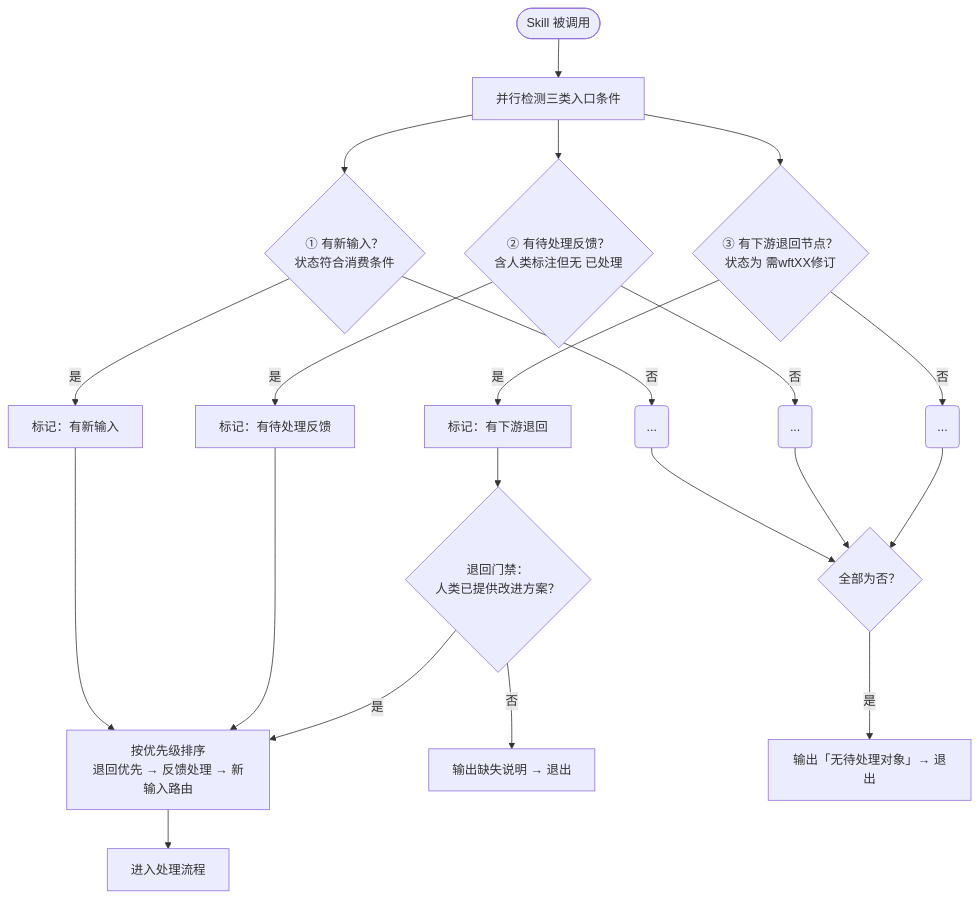
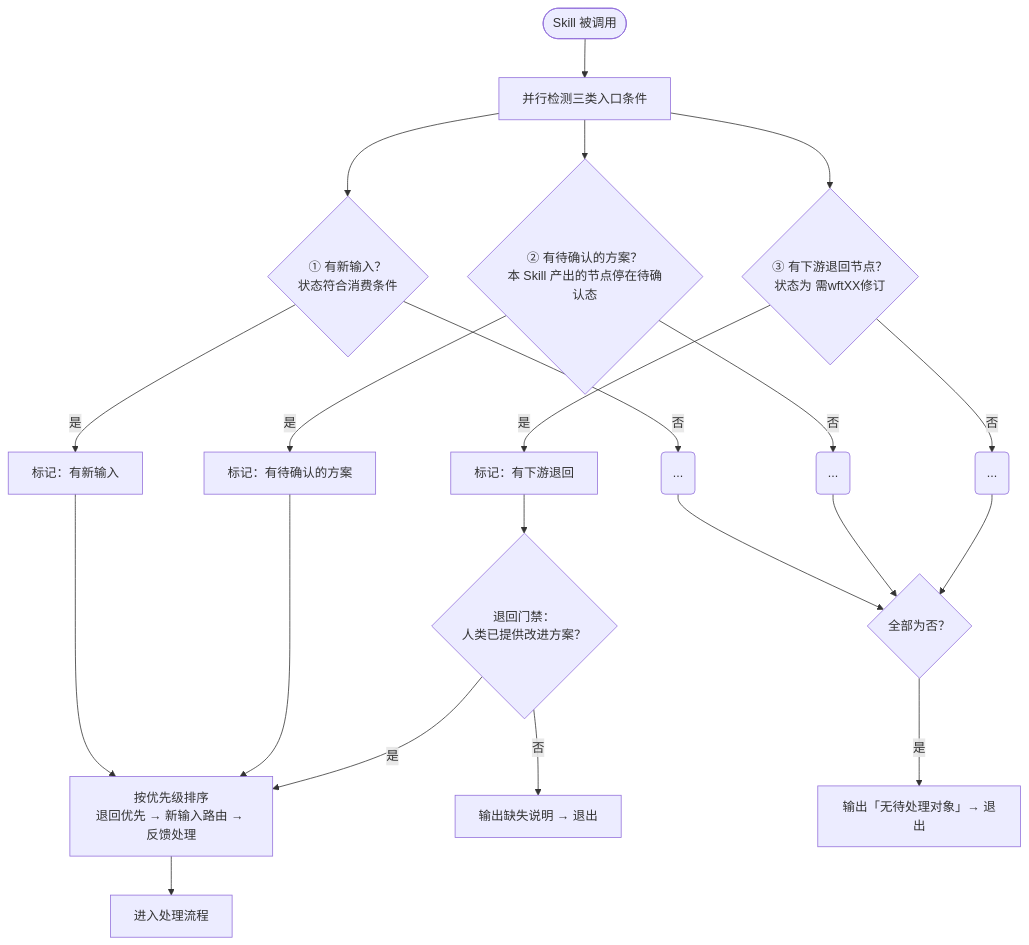
The third of 5 diagrams in 20-pl4eos/10-pl4eos-subpl-sysdev/10-wfsysdev-4-eos/91-eos-biz-eng-spec.md (Yongjunzhou/AOS-system-design), drawn with Mermaid before and after one commit. The commit also changed other lines of this file and 4 other files, not shown here.

````diff
--- a/20-pl4eos/10-pl4eos-subpl-sysdev/10-wfsysdev-4-eos/91-eos-biz-eng-spec.md
+++ b/20-pl4eos/10-pl4eos-subpl-sysdev/10-wfsysdev-4-eos/91-eos-biz-eng-spec.md
@@ -2217,30 +2196,30 @@
 ```mermaid
 graph TD
     START([Skill 被调用]) --> pa-engRALLEL[并行检测三类入口条件]
 
     pa-engRALLEL --> CHECK1{① 有新输入？<br/>状态符合消费条件}
     CHECK1 -->|是| FLAG1[标记：有新输入]
     CHECK1 -->|否| NO1("...")
 
-    pa-engRALLEL --> CHECK2{② 有待处理反馈？<br/>含人类标注但无 已处理}
-    CHECK2 -->|是| FLAG2[标记：有待处理反馈]
+    pa-engRALLEL --> CHECK2{② 有待确认的方案？<br/>本 Skill 产出的节点停在待确认态}
+    CHECK2 -->|是| FLAG2[标记：有待确认的方案]
     CHECK2 -->|否| NO2("...")
 
     pa-engRALLEL --> CHECK3{③ 有下游退回节点？<br/>状态为 需wftXX修订}
     CHECK3 -->|是| FLAG3[标记：有下游退回]
     CHECK3 -->|否| NO3("...")
 
     FLAG1 --> PRIORITY
     FLAG2 --> PRIORITY
     FLAG3 --> GATE{退回门禁：<br/>人类已提供改进方案？}
     GATE -->|是| PRIORITY
     GATE -->|否| EXIT2[输出缺失说明 → 退出]
 
     NO1 --> EXITCHECK{全部为否？}
     NO2 --> EXITCHECK
     NO3 --> EXITCHECK
     EXITCHECK -->|是| EXIT[输出「无待处理对象」→ 退出]
 
-    PRIORITY[按优先级排序<br/>退回优先 → 反馈处理 → 新输入路由]
+    PRIORITY[按优先级排序<br/>退回优先 → 新输入路由 → 反馈处理]
     PRIORITY --> PROCESS[进入处理流程]
 ```
````
